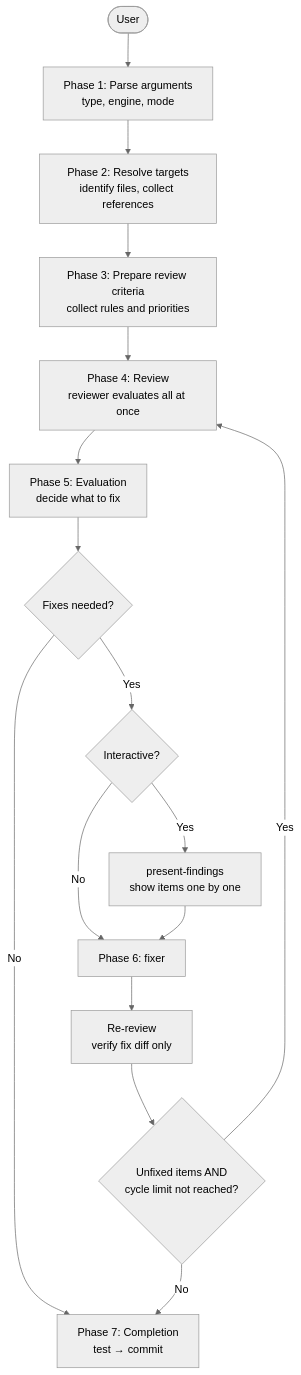
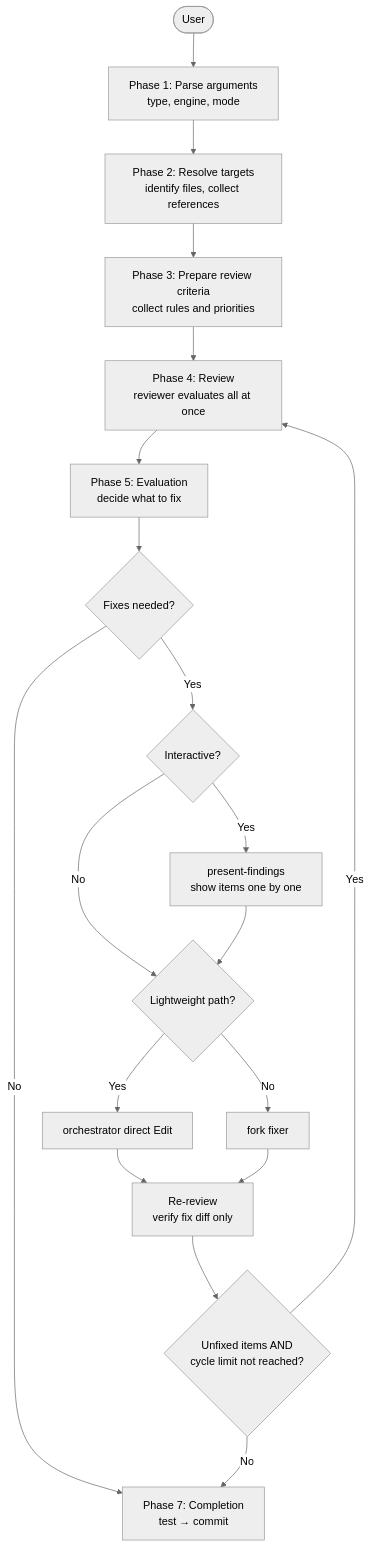
The diagram in docs/readme/forge/guide_review.md (BlueEventHorizon/bw-cc-plugins), drawn with Mermaid (neutral theme) before and after one commit. The commit also changed other lines of this file and 10 other files, not shown here.

````diff
--- a/docs/readme/forge/guide_review.md
+++ b/docs/readme/forge/guide_review.md
@@ -43,34 +43,39 @@
 ```mermaid
 flowchart TD
     START([User]) --> P1
 
     P1["Phase 1: Parse arguments<br/>type, engine, mode"] --> P2
 
     P2["Phase 2: Resolve targets<br/>identify files, collect references"] --> P3
 
     P3["Phase 3: Prepare review criteria<br/>collect rules and priorities"] --> P4
 
     P4["Phase 4: Review<br/>reviewer evaluates all at once"] --> P5
 
     P5["Phase 5: Evaluation<br/>decide what to fix"] --> CHECK
 
     CHECK{Fixes needed?}
     CHECK -->|No| P7
     CHECK -->|Yes| MODE
 
     MODE{Interactive?}
     MODE -->|Yes| PRESENT
-    MODE -->|No| FIXER
+    MODE -->|No| FIXPATH
 
-    PRESENT["present-findings<br/>show items one by one"] --> FIXER
+    PRESENT["present-findings<br/>show items one by one"] --> FIXPATH
 
-    FIXER["Phase 6: fixer"] --> REREV
+    FIXPATH{"Lightweight path?"}
+    FIXPATH -->|Yes| INLINE["orchestrator direct Edit"]
+    FIXPATH -->|No| FIXER["fork fixer"]
+
+    INLINE --> REREV
+    FIXER --> REREV
 
     REREV["Re-review<br/>verify fix diff only"] --> CYCLE
 
     CYCLE{Unfixed items AND<br/>cycle limit not reached?}
     CYCLE -->|Yes| P4
     CYCLE -->|No| P7
 
     P7["Phase 7: Completion<br/>test → commit"]
 ```
````
